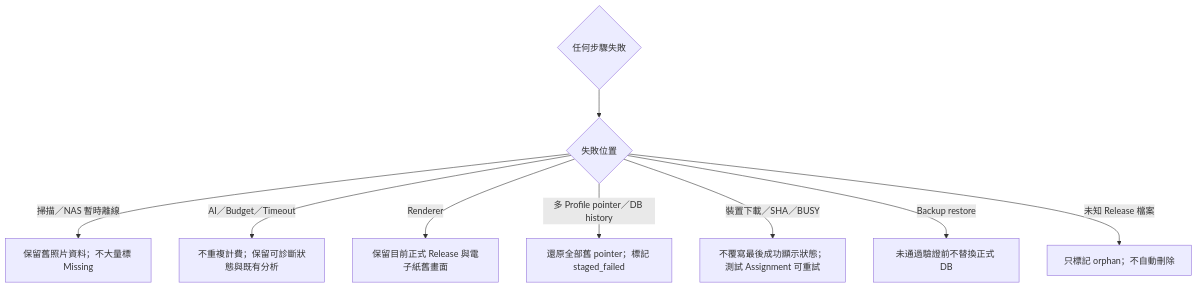
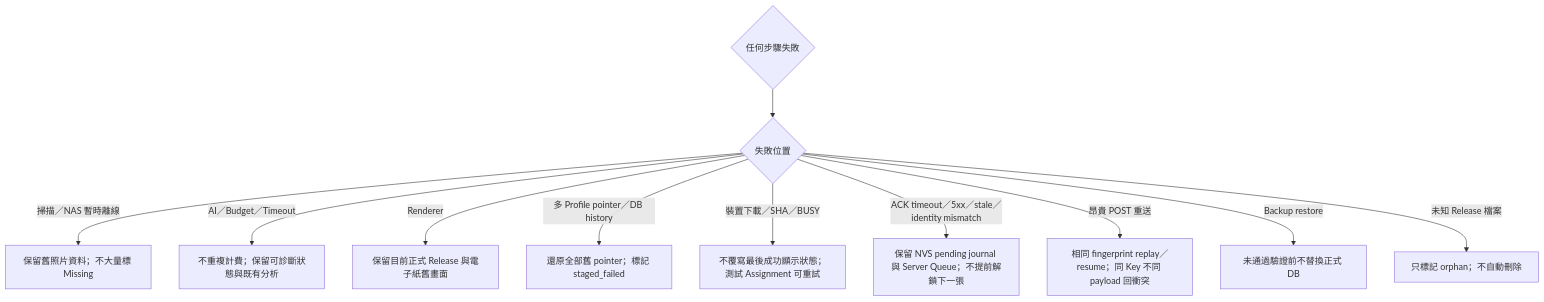
Before and after one commit to steven87090799/InkTime: diagram 15 of 15 in README.md, drawn with Mermaid. The commit also changed other lines of this file and 45 other files, not shown here.

Commit message:
docs: sync project documentation with current architecture

````diff
--- a/README.md
+++ b/README.md
@@ -624,11 +636,13 @@
 ```mermaid
 flowchart TD
     FAILURE{"任何步驟失敗"} --> KIND{"失敗位置"}
     KIND -->|掃描／NAS 暫時離線| KEEP_PHOTO["保留舊照片資料；不大量標 Missing"]
     KIND -->|AI／Budget／Timeout| KEEP_ANALYSIS["不重複計費；保留可診斷狀態與既有分析"]
     KIND -->|Renderer| KEEP_RELEASE["保留目前正式 Release 與電子紙舊畫面"]
     KIND -->|多 Profile pointer／DB history| COMPENSATE["還原全部舊 pointer；標記 staged_failed"]
     KIND -->|裝置下載／SHA／BUSY| KEEP_DISPLAY["不覆寫最後成功顯示狀態；測試 Assignment 可重試"]
+    KIND -->|ACK timeout／5xx／stale／identity mismatch| KEEP_ACK["保留 NVS pending journal 與 Server Queue；不提前解鎖下一張"]
+    KIND -->|昂貴 POST 重送| KEEP_REQUEST["相同 fingerprint replay／resume；同 Key 不同 payload 回衝突"]
     KIND -->|Backup restore| KEEP_DB["未通過驗證前不替換正式 DB"]
     KIND -->|未知 Release 檔案| KEEP_ORPHAN["只標記 orphan；不自動刪除"]
 ```
````
